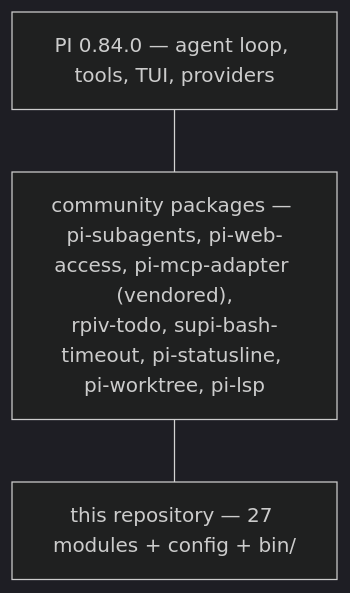
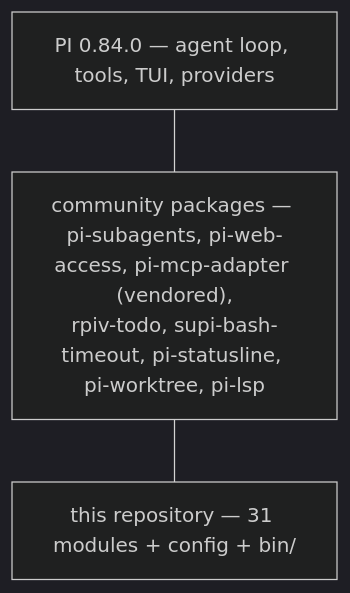
Before and after one commit to DresvyanskiyDenis/PiON: the second of 3 diagrams in docs/concepts/architecture.md, drawn with Mermaid (dark theme). The commit also changed other lines of this file and 15 other files, not shown here.

````diff
--- a/docs/concepts/architecture.md
+++ b/docs/concepts/architecture.md
@@ -88,7 +88,7 @@
 ```mermaid
 flowchart TB
     PI["PI 0.84.0 — agent loop, tools, TUI, providers"]
     PKG["community packages — pi-subagents, pi-web-access, pi-mcp-adapter (vendored),<br/>rpiv-todo, supi-bash-timeout, pi-statusline, pi-worktree, pi-lsp"]
-    OURS["this repository — 27 modules + config + bin/"]
+    OURS["this repository — 31 modules + config + bin/"]
     PI --- PKG --- OURS
 ```
````
